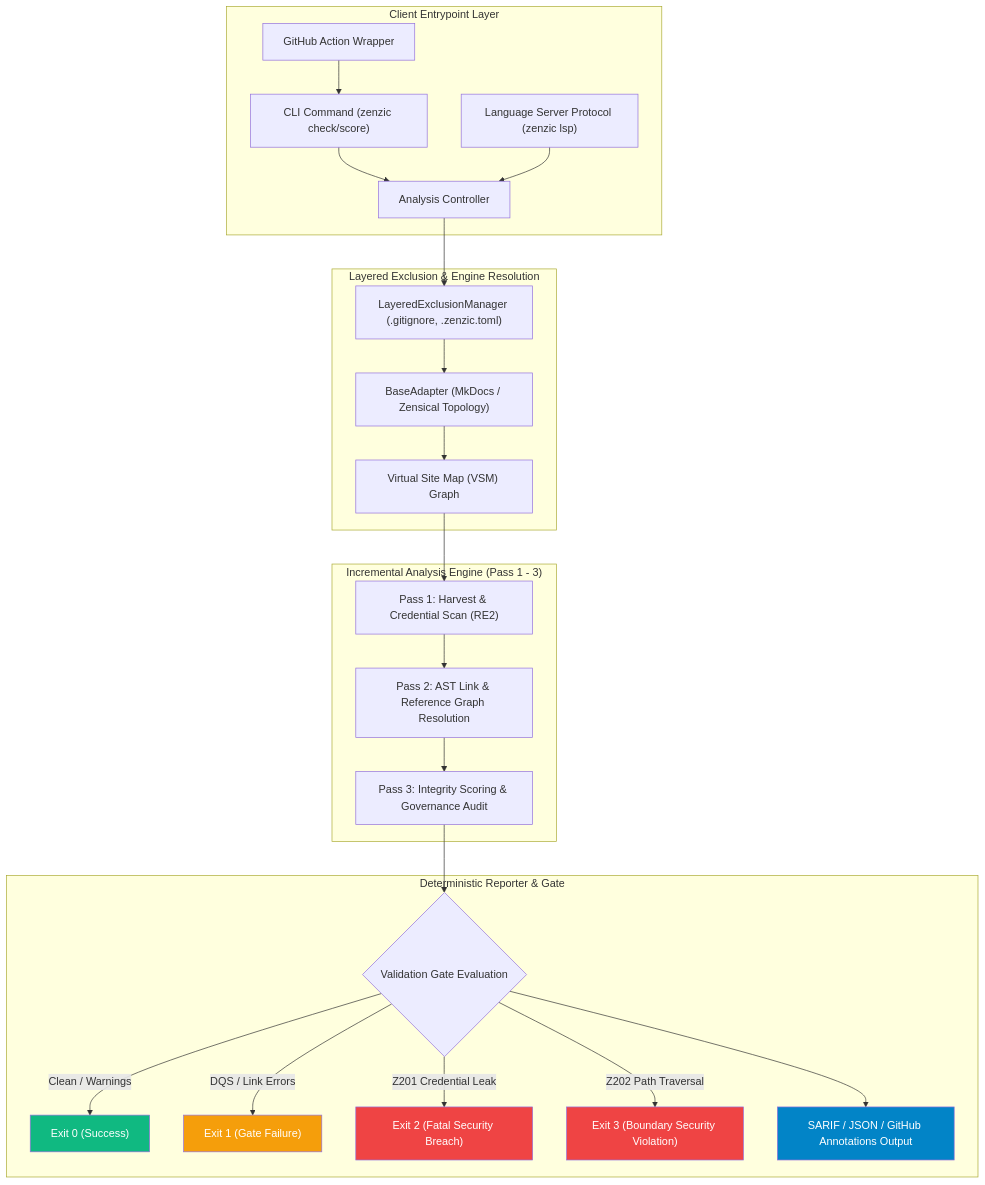
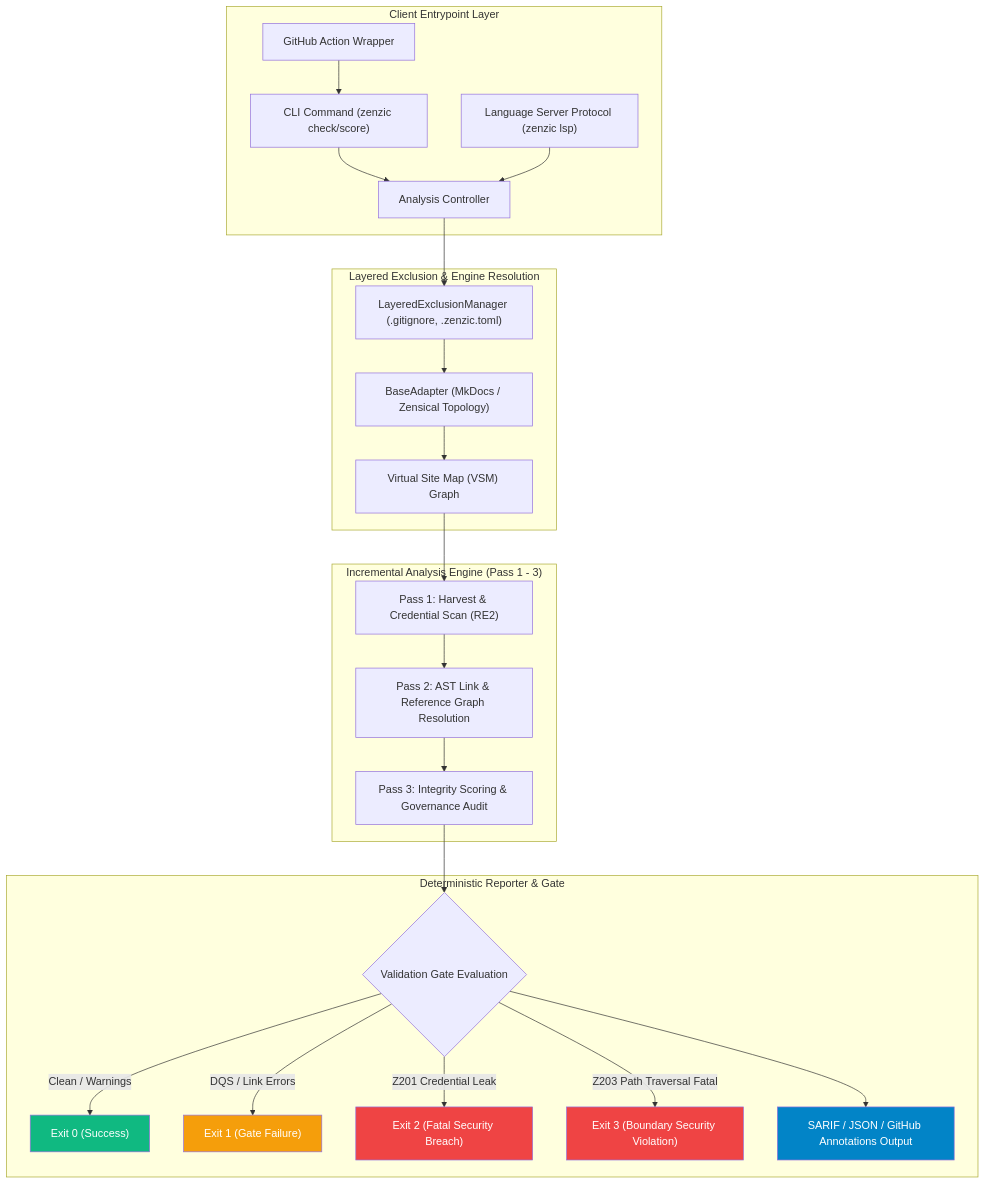
The first of 2 diagrams in docs/explanation/architecture.md (PythonWoods-Dev/zenzic), drawn with Mermaid before and after one commit. The commit also changed other lines of this file and 5 other files, not shown here.

````diff
--- a/docs/explanation/architecture.md
+++ b/docs/explanation/architecture.md
@@ -39,35 +39,35 @@
 ```mermaid
 flowchart TD
     subgraph Client ["Client Entrypoint Layer"]
         A["CLI Command (zenzic check/score)"] --> D["Analysis Controller"]
         B["Language Server Protocol (zenzic lsp)"] --> D
         C["GitHub Action Wrapper"] --> A
     end
 
     subgraph Scope ["Layered Exclusion & Engine Resolution"]
         D --> E["LayeredExclusionManager (.gitignore, .zenzic.toml)"]
         E --> F["BaseAdapter (MkDocs / Zensical Topology)"]
         F --> G["Virtual Site Map (VSM) Graph"]
     end
 
     subgraph Analysis ["Incremental Analysis Engine (Pass 1 - 3)"]
         G --> H["Pass 1: Harvest & Credential Scan (RE2)"]
         H --> I["Pass 2: AST Link & Reference Graph Resolution"]
         I --> J["Pass 3: Integrity Scoring & Governance Audit"]
     end
 
     subgraph Output ["Deterministic Reporter & Gate"]
         J --> K{"Validation Gate Evaluation"}
         K -->|Clean / Warnings| L["Exit 0 (Success)"]
         K -->|DQS / Link Errors| M["Exit 1 (Gate Failure)"]
         K -->|Z201 Credential Leak| N["Exit 2 (Fatal Security Breach)"]
-        K -->|Z202 Path Traversal| O["Exit 3 (Boundary Security Violation)"]
+        K -->|Z203 Path Traversal Fatal| O["Exit 3 (Boundary Security Violation)"]
         K --> P["SARIF / JSON / GitHub Annotations Output"]
     end
 
     style L fill:#10b981,color:#fff
     style M fill:#f59e0b,color:#fff
     style N fill:#ef4444,color:#fff
     style O fill:#ef4444,color:#fff
     style P fill:#0284c7,color:#fff
 ```
````
